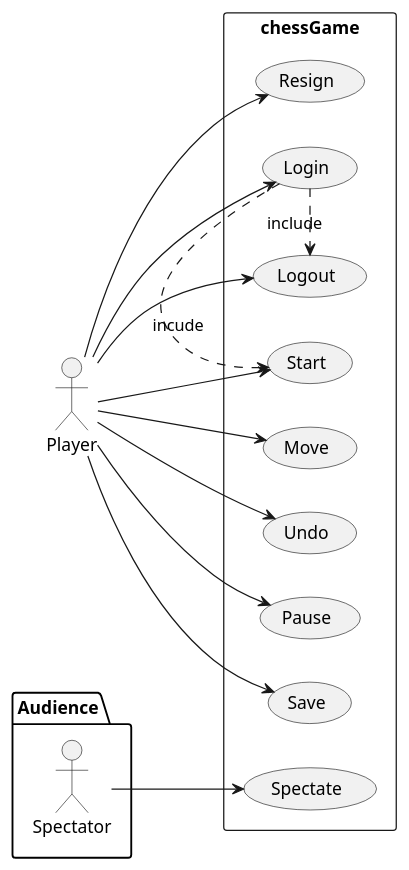
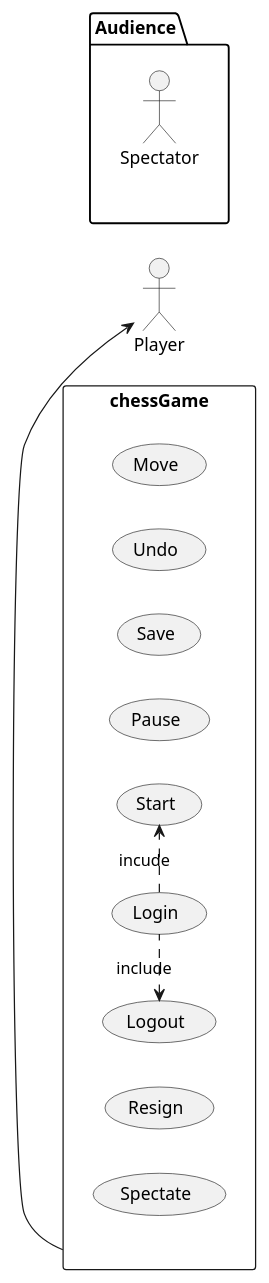
One commit to Lamanhkhoi/homework-SET-2025 changed the first of 3 diagrams in ChessGame/document/usecase.puml. Above: the diagram before and after it, drawn with PlantUML. The commit also changed other lines of this file and 3 other files, not shown here.

```diff
--- a/ChessGame/document/usecase.puml
+++ b/ChessGame/document/usecase.puml
@@ -1,38 +1,43 @@
 @startuml
 left to right direction
-actor Player as player
 package Audience {
     actor Spectator as spectator
+}
 
-}
+actor Player as player
 
 package chessGame {
     usecase "Move" as move
     usecase "Undo" as undo
     usecase "Pause" as pause
     usecase "Save" as save
     usecase "Login" as login
     usecase "Logout" as logout
     usecase "Start" as start
     usecase "Spectate" as spectate
     usecase "Resign" as resign
 }
 
-player --> move
-player --> undo
-player --> save
-player --> pause
-player --> login
-player --> start
-player --> logout
-player --> resign
+chessGame -right-> player
+chessGame -[hidden]right-> Audience
 
-spectator --> spectate
+player -[hidden]right-> chessGame
+
+player <-[hidden]right- move
+player .[hidden]right.> undo
+player -[hidden]right-> save
+player -[hidden]right-> pause
+player -[hidden]right-> login
+player -[hidden]right-> start
+player -[hidden]right-> logout
+player -[hidden]right-> resign
+
+spectator -[hidden]right-> spectate
 
 rectangle chessGame{
-    (login) .> (logout) : include
+    (logout) <. (login) : include
     (login) .> (start) : incude
 
 }
 
 @enduml
```
